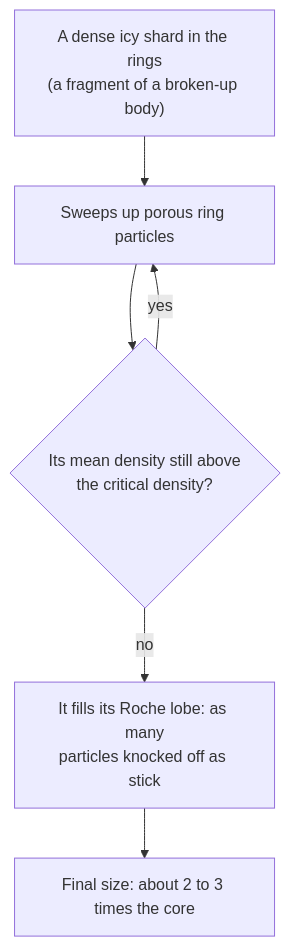
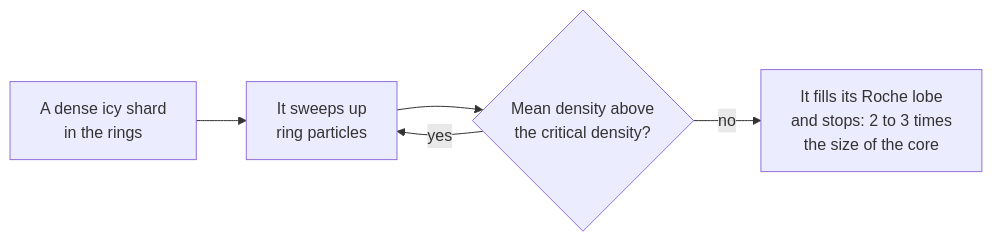
Before and after one commit to cyboooooorg/map-generator: the first of 2 diagrams in docs/science/ring-moons.md, drawn with Mermaid.

Commit message:
docs(science): lay the core-accretion diagram out horizontally
Claude-Session: https://claude.ai/code/session_01NRxWVfE7EVNu9UQ4iLcsAp

````diff
--- a/docs/science/ring-moons.md
+++ b/docs/science/ring-moons.md
@@ -90,9 +90,7 @@
 ```mermaid
-flowchart TD
-  A["A dense icy shard in the rings<br/>(a fragment of a broken-up body)"]
-  A --> B["Sweeps up porous ring particles"]
-  B --> C{"Its mean density still above<br/>the critical density?"}
+flowchart LR
+  A["A dense icy shard<br/>in the rings"] --> B["It sweeps up<br/>ring particles"]
+  B --> C{"Mean density above<br/>the critical density?"}
   C -- yes --> B
-  C -- no --> D["It fills its Roche lobe: as many<br/>particles knocked off as stick"]
-  D --> E["Final size: about 2 to 3 times the core"]
+  C -- no --> D["It fills its Roche lobe<br/>and stops: 2 to 3 times<br/>the size of the core"]
 ```
````
